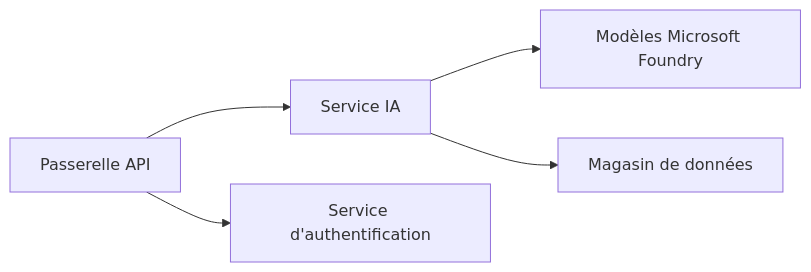
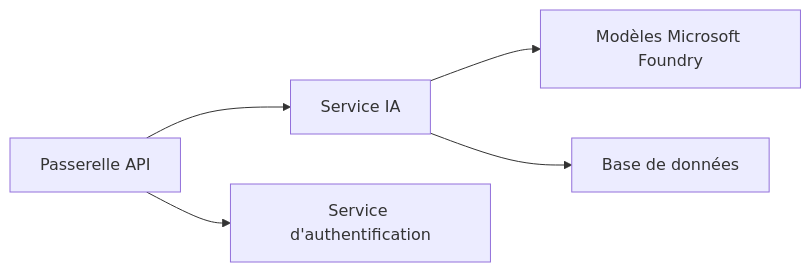
One commit to microsoft/AZD-for-beginners changed the first of 2 diagrams in translations/fr/docs/chapter-08-production/README.md. Above: the diagram before and after it, drawn with Mermaid. The commit also changed other lines of this file and 61 other files, not shown here.

````diff
--- a/translations/fr/docs/chapter-08-production/README.md
+++ b/translations/fr/docs/chapter-08-production/README.md
@@ -48,6 +48,6 @@
 ```mermaid
 graph LR
     Gateway[Passerelle API] --> AI[Service IA] --> Models[Modèles Microsoft Foundry]
     Gateway --> Auth[Service d'authentification]
-    AI --> Data[Magasin de données]
+    AI --> Data[Base de données]
 ```
````
